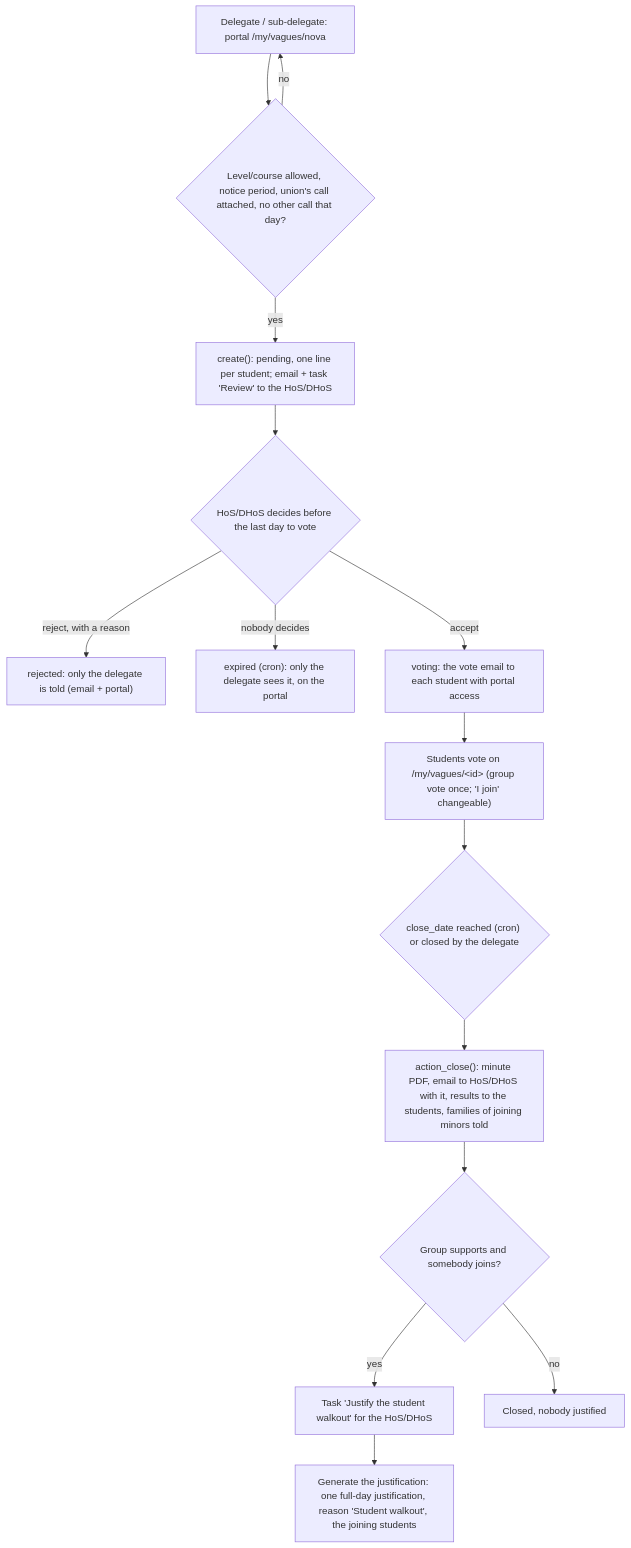
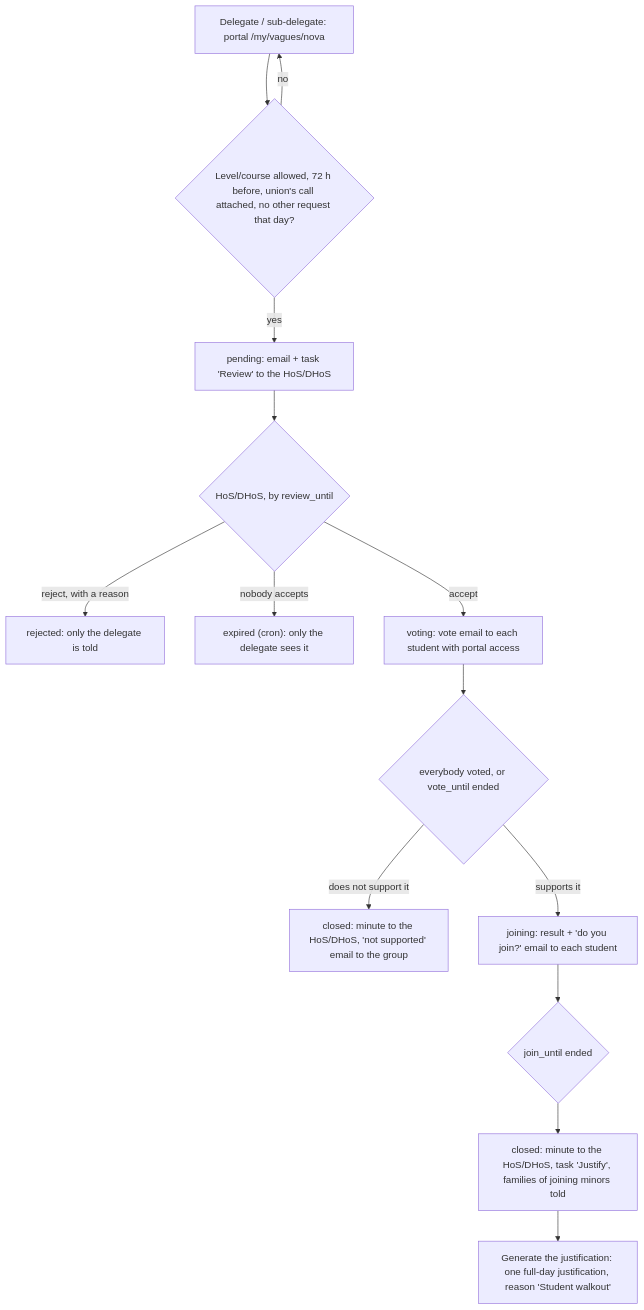
Before and after one commit to ElPuig/EMS: the second of 2 diagrams in docs/en/developers/attendance/student_walkout.md, drawn with Mermaid. The commit also changed other lines of this file and 19 other files, not shown here.

First line of the commit message:
[#800] Fixed calendar: request 72 h before, then accept, group vote and joining a day each

````diff
--- a/docs/en/developers/attendance/student_walkout.md
+++ b/docs/en/developers/attendance/student_walkout.md
@@ -123,17 +136,16 @@
 ```mermaid
 flowchart TD
-    A[Delegate / sub-delegate: portal /my/vagues/nova] --> B{"Level/course allowed, notice period, union's call attached, no other call that day?"}
+    A[Delegate / sub-delegate: portal /my/vagues/nova] --> B{"Level/course allowed, 72 h before, union's call attached, no other request that day?"}
     B -- no --> A
-    B -- yes --> C["create(): pending, one line per student; email + task 'Review' to the HoS/DHoS"]
-    C --> R{"HoS/DHoS decides before the last day to vote"}
-    R -- reject, with a reason --> X["rejected: only the delegate is told (email + portal)"]
-    R -- nobody decides --> Y["expired (cron): only the delegate sees it, on the portal"]
-    R -- accept --> V["voting: the vote email to each student with portal access"]
-    V --> D["Students vote on /my/vagues/&lt;id&gt; (group vote once; 'I join' changeable)"]
-    D --> E{"close_date reached (cron) or closed by the delegate"}
-    E --> F["action_close(): minute PDF, email to HoS/DHoS with it, results to the students, families of joining minors told"]
-    F --> G{"Group supports and somebody joins?"}
-    G -- yes --> H["Task 'Justify the student walkout' for the HoS/DHoS"]
-    H --> I["Generate the justification: one full-day justification, reason 'Student walkout', the joining students"]
-    G -- no --> J[Closed, nobody justified]
+    B -- yes --> C["pending: email + task 'Review' to the HoS/DHoS"]
+    C --> R{"HoS/DHoS, by review_until"}
+    R -- reject, with a reason --> X["rejected: only the delegate is told"]
+    R -- nobody accepts --> Y["expired (cron): only the delegate sees it"]
+    R -- accept --> V["voting: vote email to each student with portal access"]
+    V --> E{"everybody voted, or vote_until ended"}
+    E -- "does not support it" --> N["closed: minute to the HoS/DHoS, 'not supported' email to the group"]
+    E -- supports it --> J["joining: result + 'do you join?' email to each student"]
+    J --> K{"join_until ended"}
+    K --> F["closed: minute to the HoS/DHoS, task 'Justify', families of joining minors told"]
+    F --> I["Generate the justification: one full-day justification, reason 'Student walkout'"]
 ```
````
